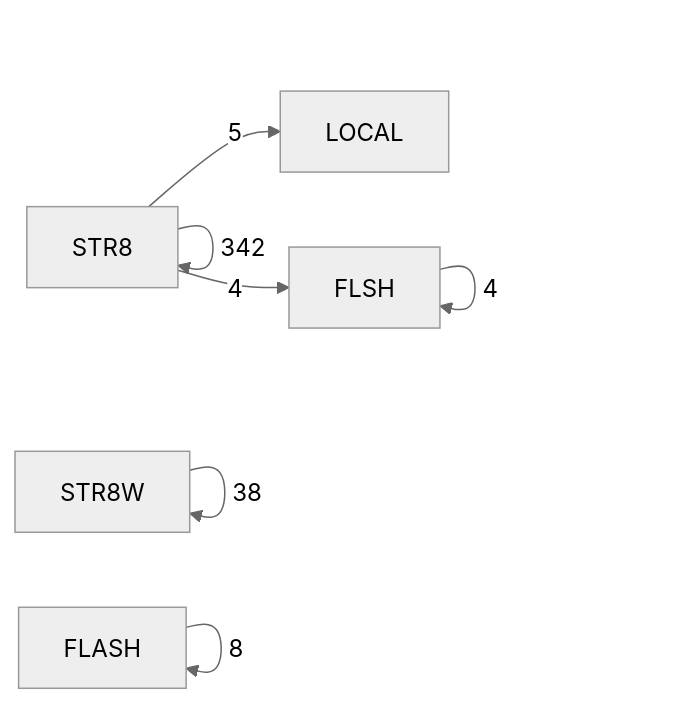
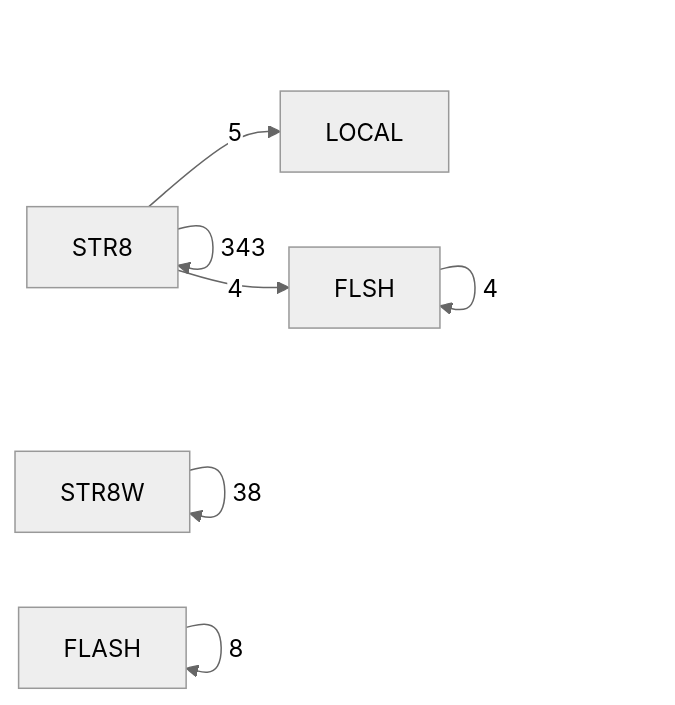
One commit to 95westus/R-YORS changed the fifth of 6 diagrams in DOC/GENERATED/ROUTINE_CLASS_DIAGRAM.md. Above: the diagram before and after it, drawn with Mermaid (neutral theme). The commit also changed other lines of this file and 32 other files, not shown here.

````diff
--- a/DOC/GENERATED/ROUTINE_CLASS_DIAGRAM.md
+++ b/DOC/GENERATED/ROUTINE_CLASS_DIAGRAM.md
@@ -77,9 +77,9 @@
 ```mermaid
 flowchart LR
-    P_STR8[STR8] -->|342| P_STR8[STR8]
+    P_STR8[STR8] -->|343| P_STR8[STR8]
     P_STR8W[STR8W] -->|38| P_STR8W[STR8W]
     P_FLASH[FLASH] -->|8| P_FLASH[FLASH]
     P_STR8[STR8] -->|5| P_LOCAL[LOCAL]
     P_FLSH[FLSH] -->|4| P_FLSH[FLSH]
     P_STR8[STR8] -->|4| P_FLSH[FLSH]
 ```
````
